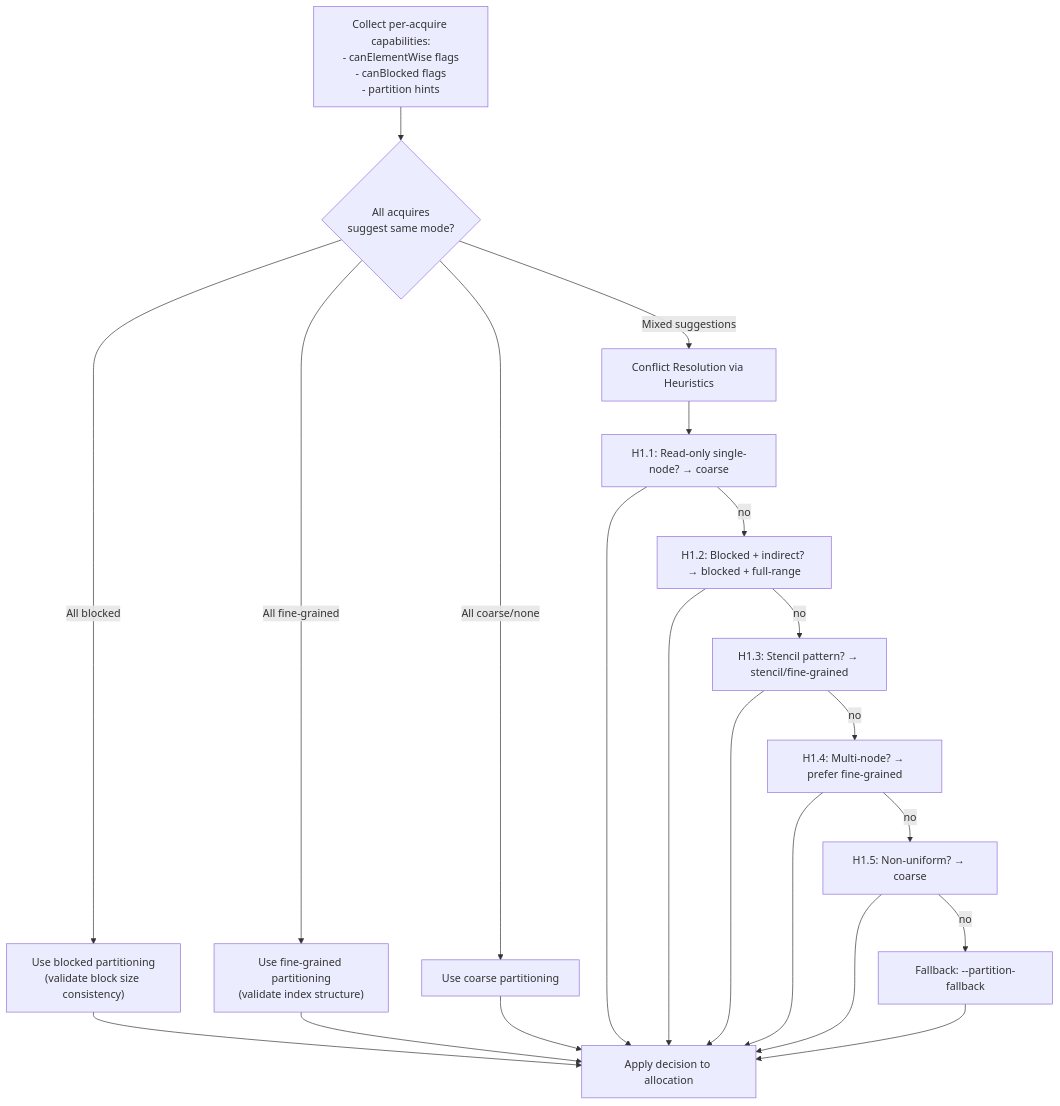
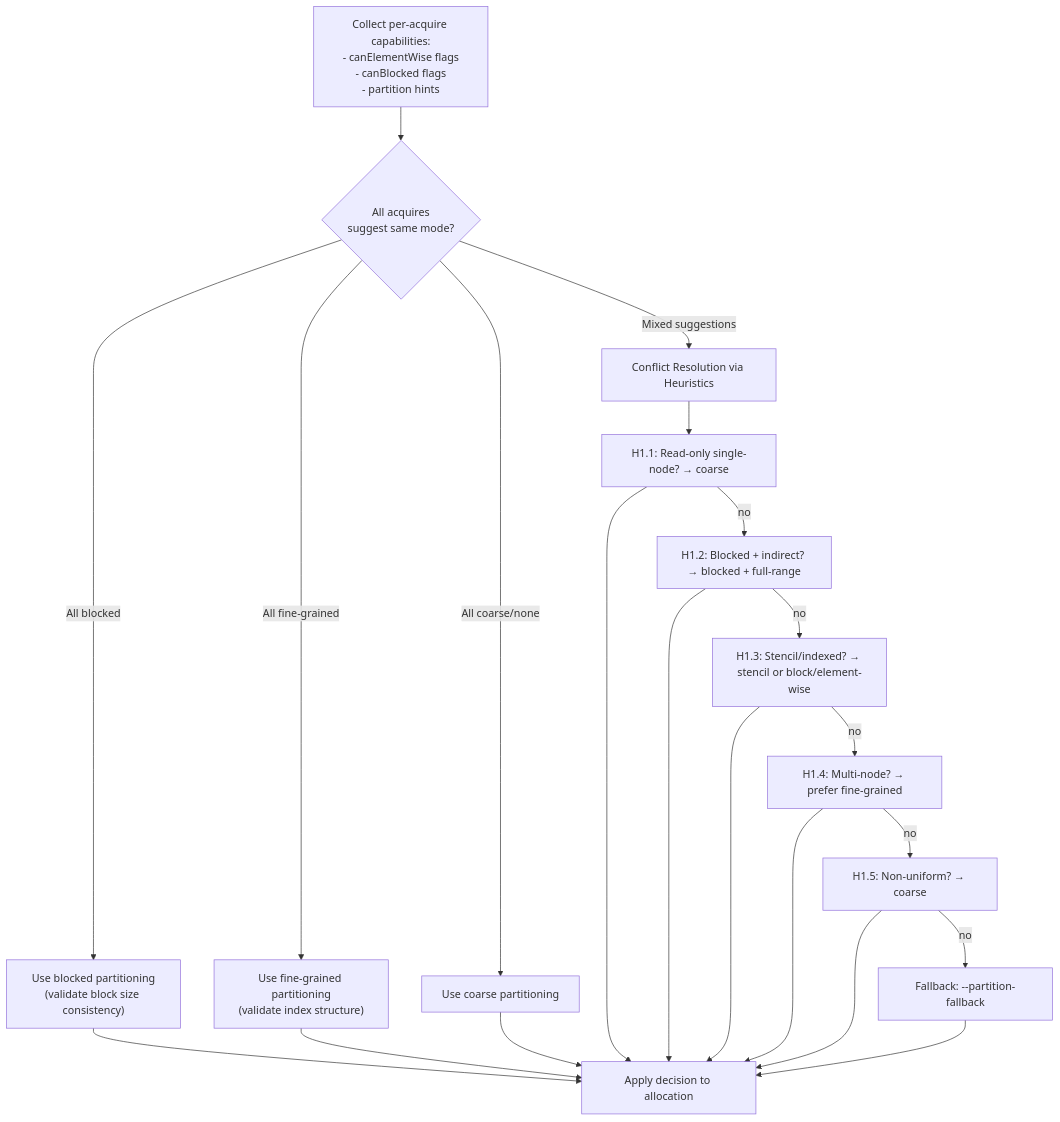
One commit to randreshg/carts changed the sixth of 9 diagrams in docs/heuristics/partitioning/partitioning.md. Above: the diagram before and after it, drawn with Mermaid. The commit also changed other lines of this file and 28 other files, not shown here.

````diff
--- a/docs/heuristics/partitioning/partitioning.md
+++ b/docs/heuristics/partitioning/partitioning.md
@@ -841,29 +895,29 @@
 ```mermaid
 flowchart TD
     COLLECT["Collect per-acquire capabilities:<br/>- canElementWise flags<br/>- canBlocked flags<br/>- partition hints"] --> ANALYZE
 
     ANALYZE{"All acquires<br/>suggest same mode?"}
 
     ANALYZE -->|"All blocked"| CHUNKED_DECIDE["Use blocked partitioning<br/>(validate block size consistency)"]
     ANALYZE -->|"All fine-grained"| FG_DECIDE["Use fine-grained partitioning<br/>(validate index structure)"]
     ANALYZE -->|"All coarse/none"| COARSE_DECIDE["Use coarse partitioning"]
     ANALYZE -->|"Mixed suggestions"| CONFLICT
 
     CONFLICT["Conflict Resolution via Heuristics"]
     CONFLICT --> H1["H1.1: Read-only single-node? → coarse"]
     H1 -->|no| H2["H1.2: Blocked + indirect? → blocked + full-range"]
-    H2 -->|no| H3["H1.3: Stencil pattern? → stencil/fine-grained"]
+    H2 -->|no| H3["H1.3: Stencil/indexed? → stencil or block/element-wise"]
     H3 -->|no| H4["H1.4: Multi-node? → prefer fine-grained"]
     H4 -->|no| H5["H1.5: Non-uniform? → coarse"]
     H5 -->|no| FALLBACK["Fallback: --partition-fallback"]
 
     CHUNKED_DECIDE --> APPLY["Apply decision to allocation"]
     FG_DECIDE --> APPLY
     COARSE_DECIDE --> APPLY
     H1 --> APPLY
     H2 --> APPLY
     H3 --> APPLY
     H4 --> APPLY
     H5 --> APPLY
     FALLBACK --> APPLY
 ```
````
